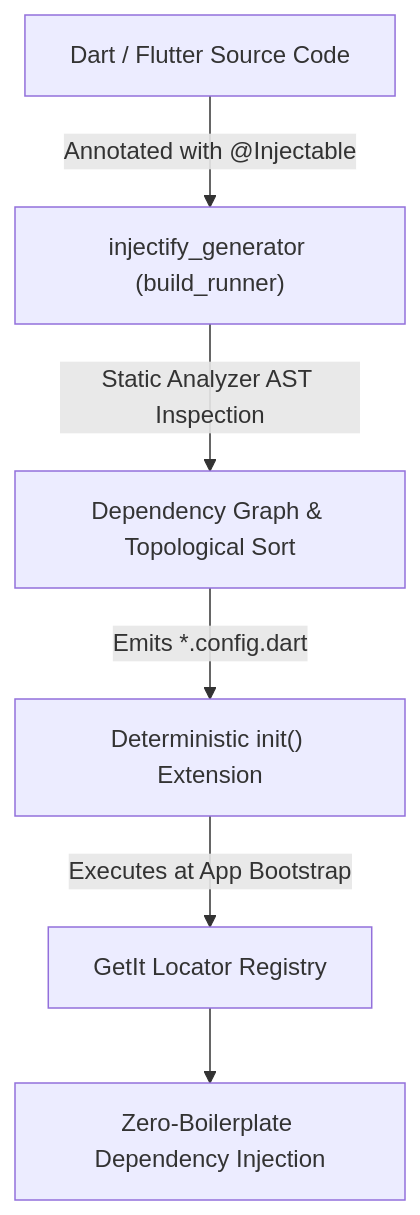
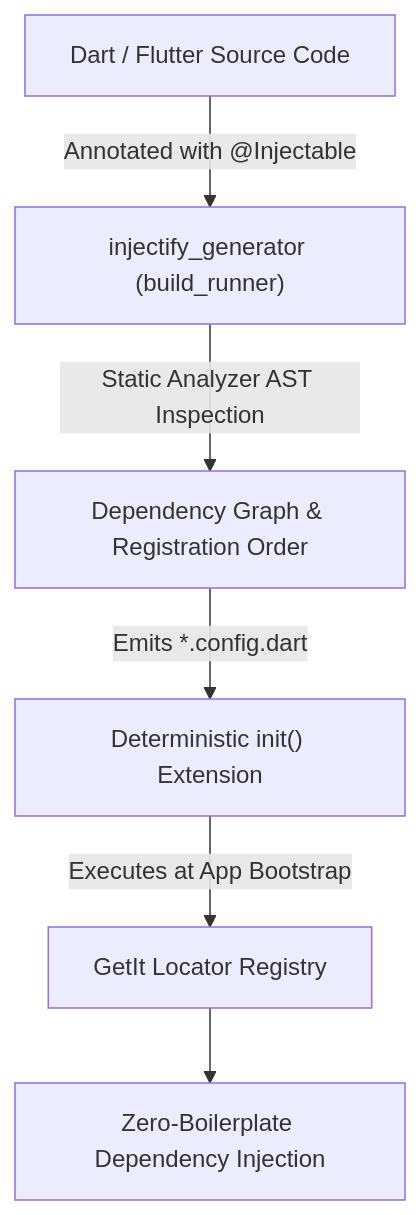
Before and after one commit to chornthorn/injectable-dart: the diagram in docs/content/docs/_index.md, drawn with Mermaid. The commit also changed other lines of this file and 48 other files, not shown here.

````diff
--- a/docs/content/docs/_index.md
+++ b/docs/content/docs/_index.md
@@ -65,8 +65,8 @@
 ```mermaid
 graph TD
     A["Dart / Flutter Source Code"] -->|"Annotated with @Injectable"| B["injectify_generator (build_runner)"]
-    B -->|"Static Analyzer AST Inspection"| C["Dependency Graph & Topological Sort"]
+    B -->|"Static Analyzer AST Inspection"| C["Dependency Graph & Registration Order"]
     C -->|"Emits *.config.dart"| D["Deterministic init() Extension"]
     D -->|"Executes at App Bootstrap"| E["GetIt Locator Registry"]
     E --> F["Zero-Boilerplate Dependency Injection"]
 ```
````
